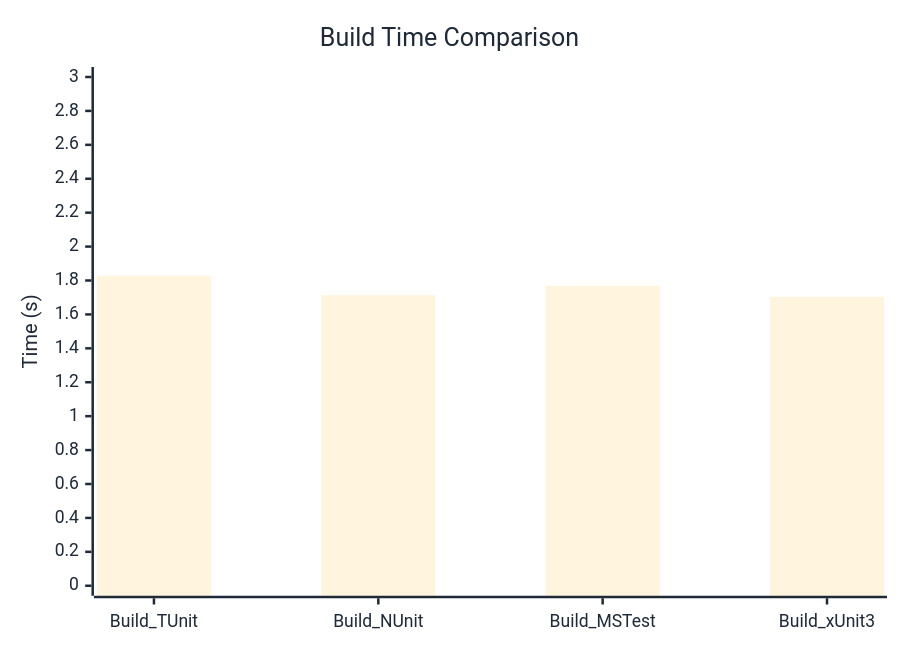
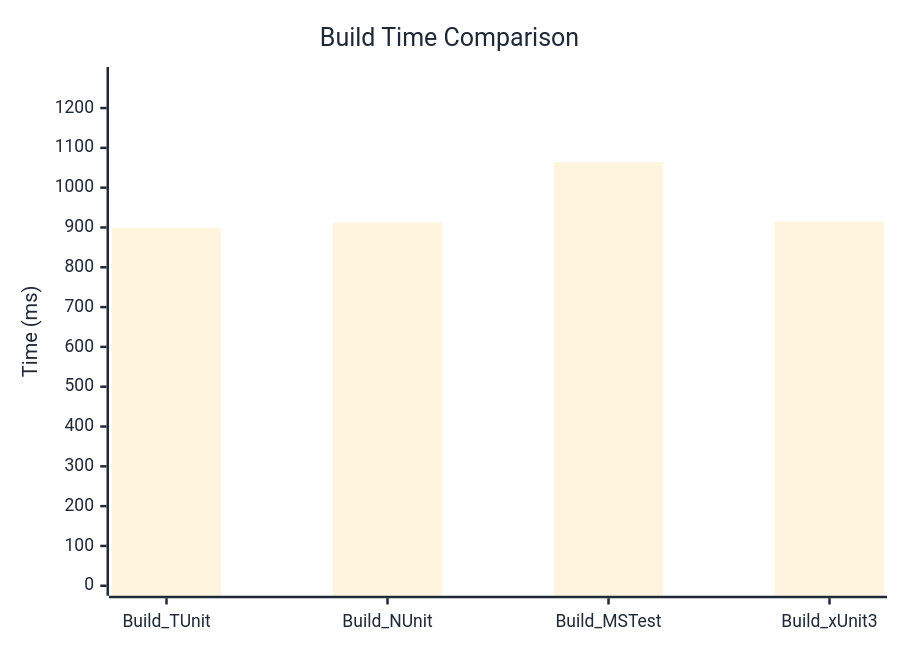
Before and after one commit to thomhurst/TUnit: the diagram in docs/docs/benchmarks/BuildTime.md, drawn with Mermaid. The commit also changed other lines of this file and 16 other files, not shown here.

````diff
--- a/docs/docs/benchmarks/BuildTime.md
+++ b/docs/docs/benchmarks/BuildTime.md
@@ -28,37 +28,37 @@
 ```mermaid
 %%{init: {
   'theme':'base',
   'themeVariables': {
     'primaryColor': '#2563eb',
     'primaryTextColor': '#1f2937',
     'primaryBorderColor': '#1e40af',
     'lineColor': '#6b7280',
     'secondaryColor': '#7c3aed',
     'tertiaryColor': '#dc2626',
     'background': '#ffffff',
     'mainBkg': '#2563eb',
     'secondBkg': '#7c3aed',
     'tertiaryBkg': '#dc2626',
     'clusterBkg': '#f3f4f6',
     'edgeLabelBackground': '#ffffff',
     'tertiaryTextColor': '#1f2937',
     'pie1': '#2563eb',
     'pie2': '#7c3aed',
     'pie3': '#dc2626',
     'pie4': '#f59e0b',
     'pie5': '#10b981',
     'pie6': '#06b6d4',
     'pie7': '#ec4899',
     'pie8': '#6366f1',
     'pie9': '#84cc16',
     'pie10': '#f97316',
     'pie11': '#14b8a6',
     'pie12': '#a855f7'
   }
 }}%%
 xychart-beta
   title "Build Time Comparison"
   x-axis ["Build_TUnit", "Build_NUnit", "Build_MSTest", "Build_xUnit3"]
-  y-axis "Time (s)" 0 --> 3
-  bar [1.828, 1.713, 1.769, 1.704]
+  y-axis "Time (ms)" 0 --> 1278
+  bar [898.5, 912.2, 1064.7, 914.8]
 ```
````
